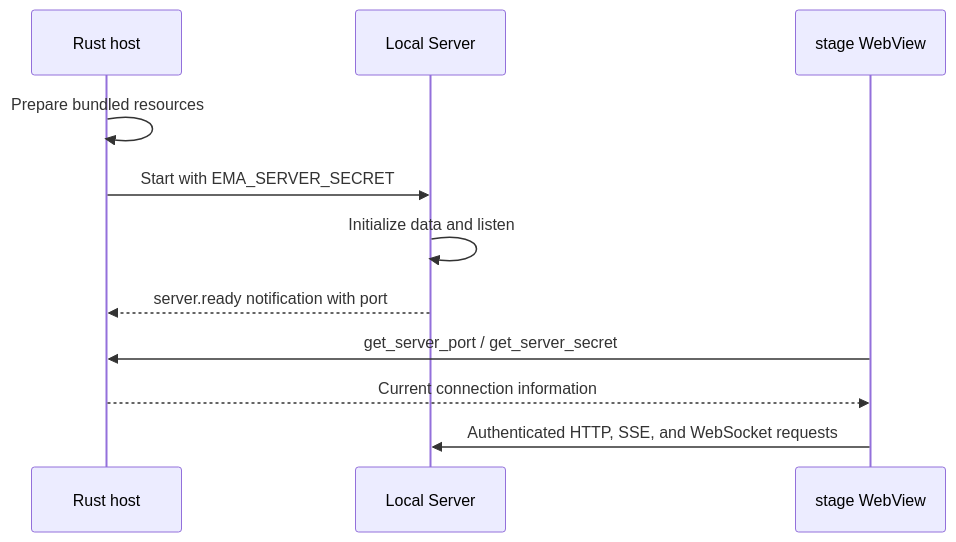
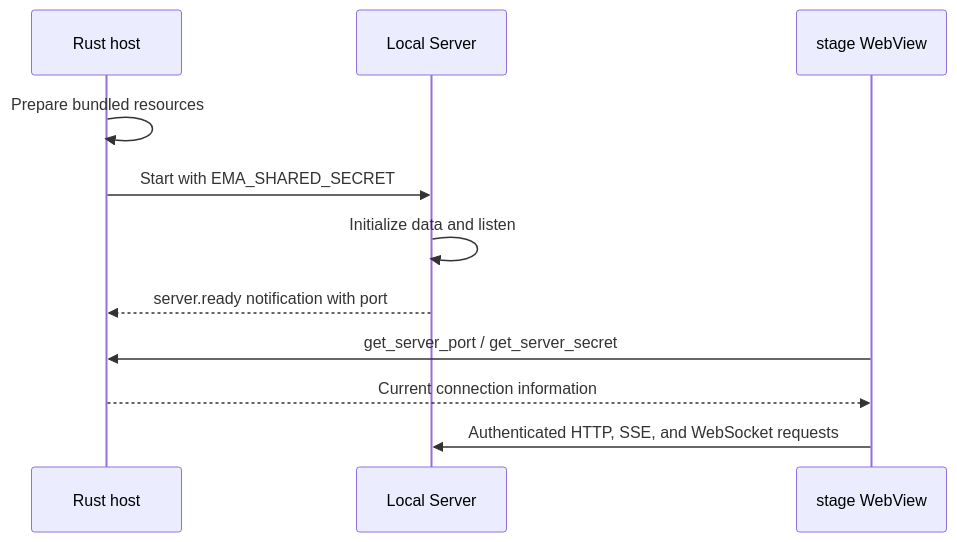
One commit to chengyuZou/EmaAgent changed the diagram in apps/desktop/src-tauri/README.md. Above: the diagram before and after it, drawn with Mermaid. The commit also changed other lines of this file and 84 other files, not shown here.

````diff
--- a/apps/desktop/src-tauri/README.md
+++ b/apps/desktop/src-tauri/README.md
@@ -13,13 +13,13 @@
 ```mermaid
 sequenceDiagram
     participant Host as Rust host
     participant Server as Local Server
     participant Stage as stage WebView
     Host->>Host: Prepare bundled resources
-    Host->>Server: Start with EMA_SERVER_SECRET
+    Host->>Server: Start with EMA_SHARED_SECRET
     Server->>Server: Initialize data and listen
     Server-->>Host: server.ready notification with port
     Stage->>Host: get_server_port / get_server_secret
     Host-->>Stage: Current connection information
     Stage->>Server: Authenticated HTTP, SSE, and WebSocket requests
 ```
````
